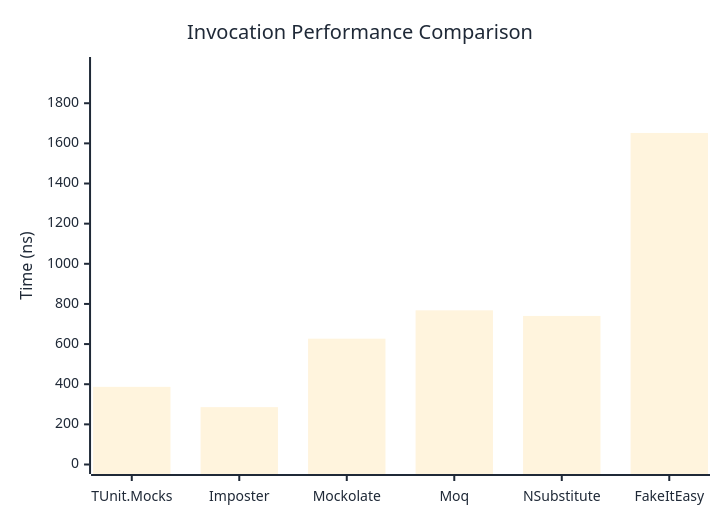
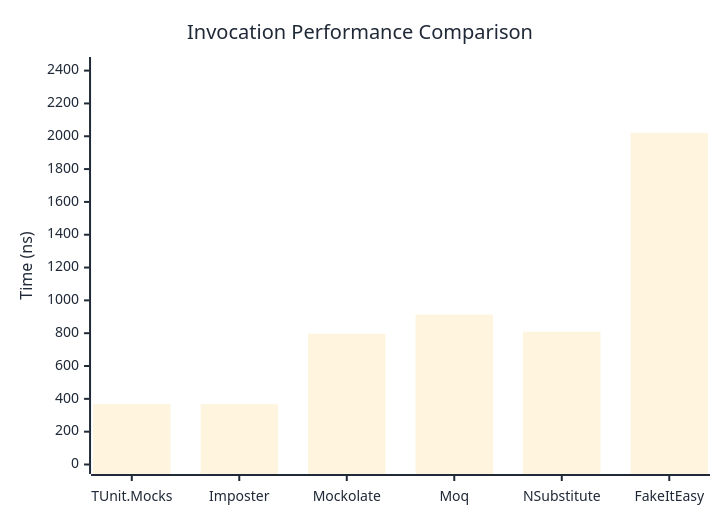
One commit to thomhurst/TUnit changed the first of 3 diagrams in docs/docs/benchmarks/mocks/Invocation.md. Above: the diagram before and after it, drawn with Mermaid. The commit also changed other lines of this file and 14 other files, not shown here.

````diff
--- a/docs/docs/benchmarks/mocks/Invocation.md
+++ b/docs/docs/benchmarks/mocks/Invocation.md
@@ -28,27 +28,27 @@
 ```mermaid
 %%{init: {
   'theme':'base',
   'themeVariables': {
     'primaryColor': '#2563eb',
     'primaryTextColor': '#1f2937',
     'primaryBorderColor': '#1e40af',
     'lineColor': '#6b7280',
     'secondaryColor': '#7c3aed',
     'tertiaryColor': '#dc2626',
     'background': '#ffffff',
     'pie1': '#2563eb',
     'pie2': '#7c3aed',
     'pie3': '#dc2626',
     'pie4': '#f59e0b',
     'pie5': '#10b981',
     'pie6': '#06b6d4',
     'pie7': '#ec4899',
     'pie8': '#6366f1'
   }
 }}%%
 xychart-beta
   title "Invocation Performance Comparison"
   x-axis ["TUnit.Mocks", "Imposter", "Mockolate", "Moq", "NSubstitute", "FakeItEasy"]
-  y-axis "Time (ns)" 0 --> 1983
-  bar [386.9, 285.8, 626.9, 768.1, 740.2, 1651.9]
+  y-axis "Time (ns)" 0 --> 2425
+  bar [368.7, 367, 796.7, 913.9, 809.3, 2020.7]
 ```
````
